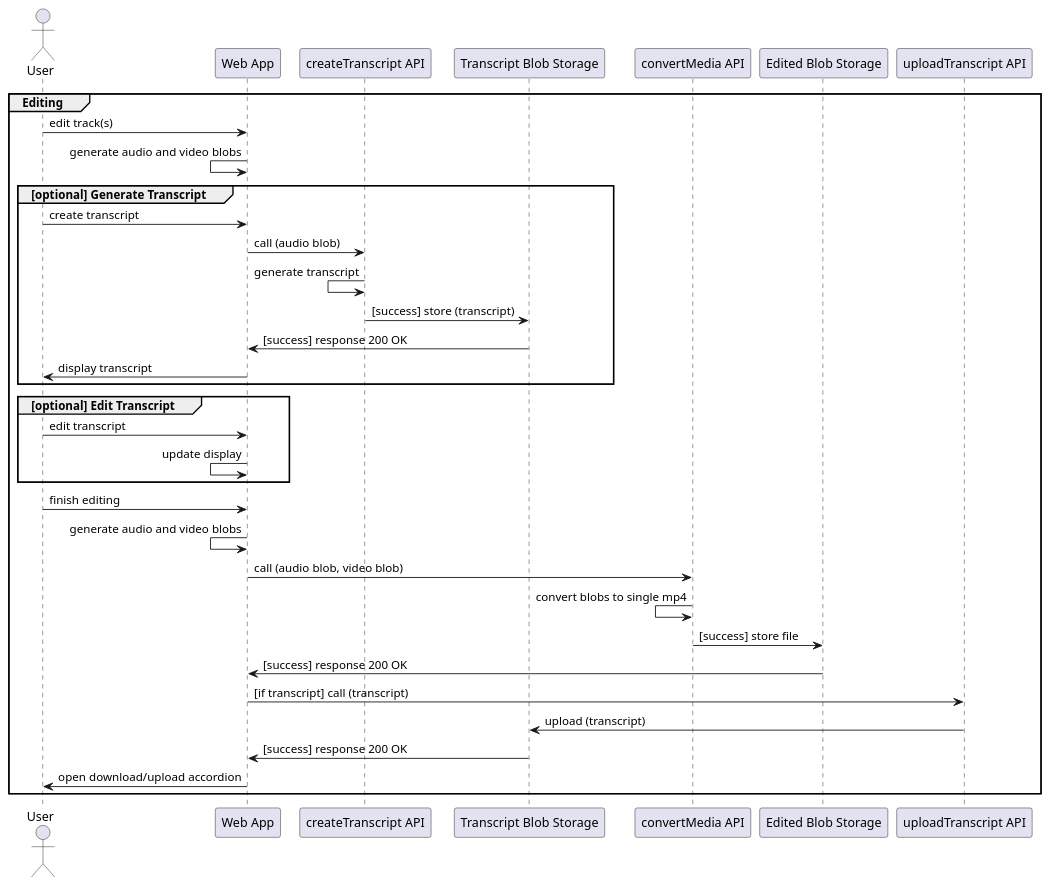
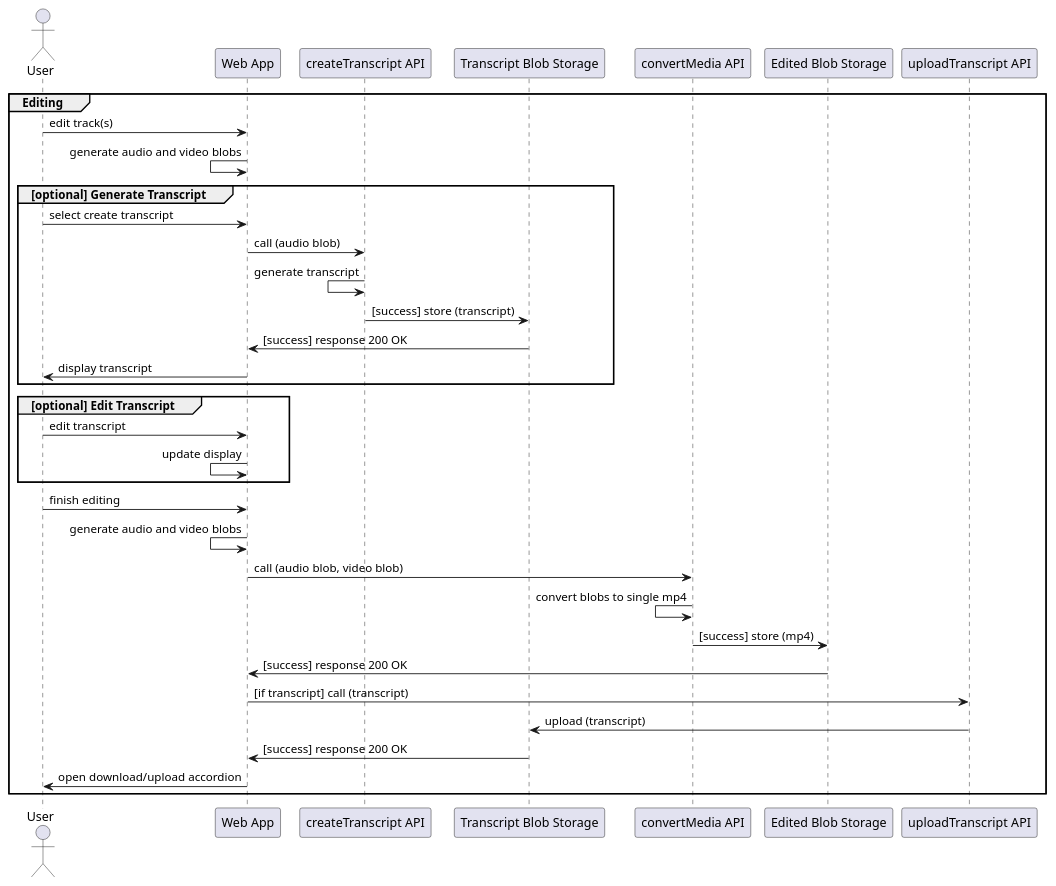
One commit to jennifer-platt/ECM2429-UML changed the diagram in examples/editing.puml. Above: the diagram before and after it, drawn with PlantUML. The commit also changed 2 other files, not shown here.

Commit message:
Recording diagram

```diff
--- a/examples/editing.puml
+++ b/examples/editing.puml
@@ -1,37 +1,37 @@
 @startuml system-flow_enter-test-result-code
 
 Actor User
 
 group Editing
 User -> "Web App": edit track(s)
 "Web App" <- "Web App": generate audio and video blobs
 
 group [optional] Generate Transcript
-User -> "Web App": create transcript
+User -> "Web App": select create transcript
 "Web App" -> "createTranscript API": call (audio blob)
 "createTranscript API" <- "createTranscript API": generate transcript
 "Transcript Blob Storage" <- "createTranscript API": [success] store (transcript)
 "Web App" <- "Transcript Blob Storage": [success] response 200 OK
 User <- "Web App": display transcript
 end
 
 group [optional] Edit Transcript
 User -> "Web App": edit transcript
 "Web App" <- "Web App": update display
 end
 
 User -> "Web App": finish editing
 "Web App" <- "Web App": generate audio and video blobs
 
 "Web App" -> "convertMedia API": call (audio blob, video blob)
 "convertMedia API" <- "convertMedia API": convert blobs to single mp4
-"Edited Blob Storage" <- "convertMedia API": [success] store file
+"Edited Blob Storage" <- "convertMedia API": [success] store (mp4)
 "Web App" <- "Edited Blob Storage": [success] response 200 OK
 
 "Web App" -> "uploadTranscript API": [if transcript] call (transcript)
 "uploadTranscript API" -> "Transcript Blob Storage": upload (transcript)
 "Web App" <- "Transcript Blob Storage": [success] response 200 OK
 User <- "Web App": open download/upload accordion
 end
 
 @enduml
```
